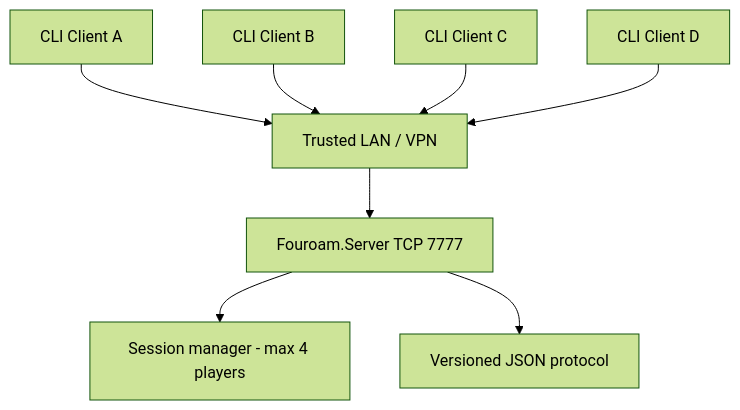
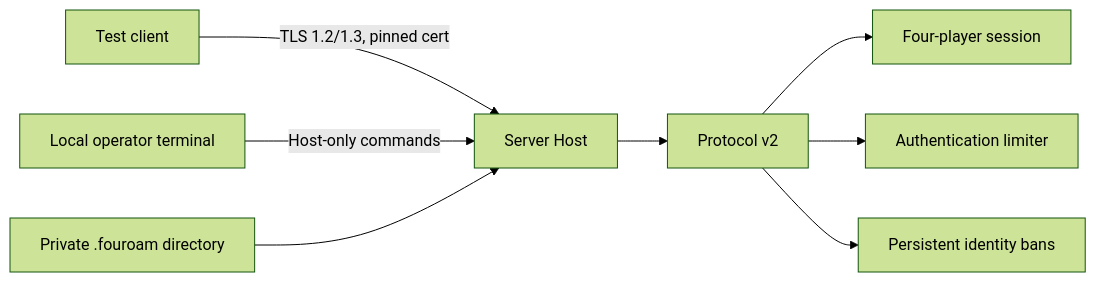
One commit to Fouroam-Dev/Fouroam-Server changed the diagram in docs/ARCHITECTURE.md. Above: the diagram before and after it, drawn with Mermaid (forest theme). The commit also changed other lines of this file and 18 other files, not shown here.

Commit message:
feat(security): add TLS auth host controls and persistent bans

```diff
--- a/docs/ARCHITECTURE.md
+++ b/docs/ARCHITECTURE.md
@@ -7,10 +7,10 @@
 ~~~mermaid
-flowchart TD
-    C1[CLI Client A] --> N[Trusted LAN / VPN]
-    C2[CLI Client B] --> N
-    C3[CLI Client C] --> N
-    C4[CLI Client D] --> N
-    N --> S[Fouroam.Server TCP 7777]
-    S --> M[Session manager - max 4 players]
-    S --> P[Versioned JSON protocol]
+flowchart LR
+    A[Test client] -->|TLS 1.2/1.3, pinned cert| H[Server Host]
+    H --> P[Protocol v2]
+    P --> S[Four-player session]
+    P --> F[Authentication limiter]
+    P --> B[Persistent identity bans]
+    C[Local operator terminal] -->|Host-only commands| H
+    L[Private .fouroam directory] --> H
 ~~~
```
